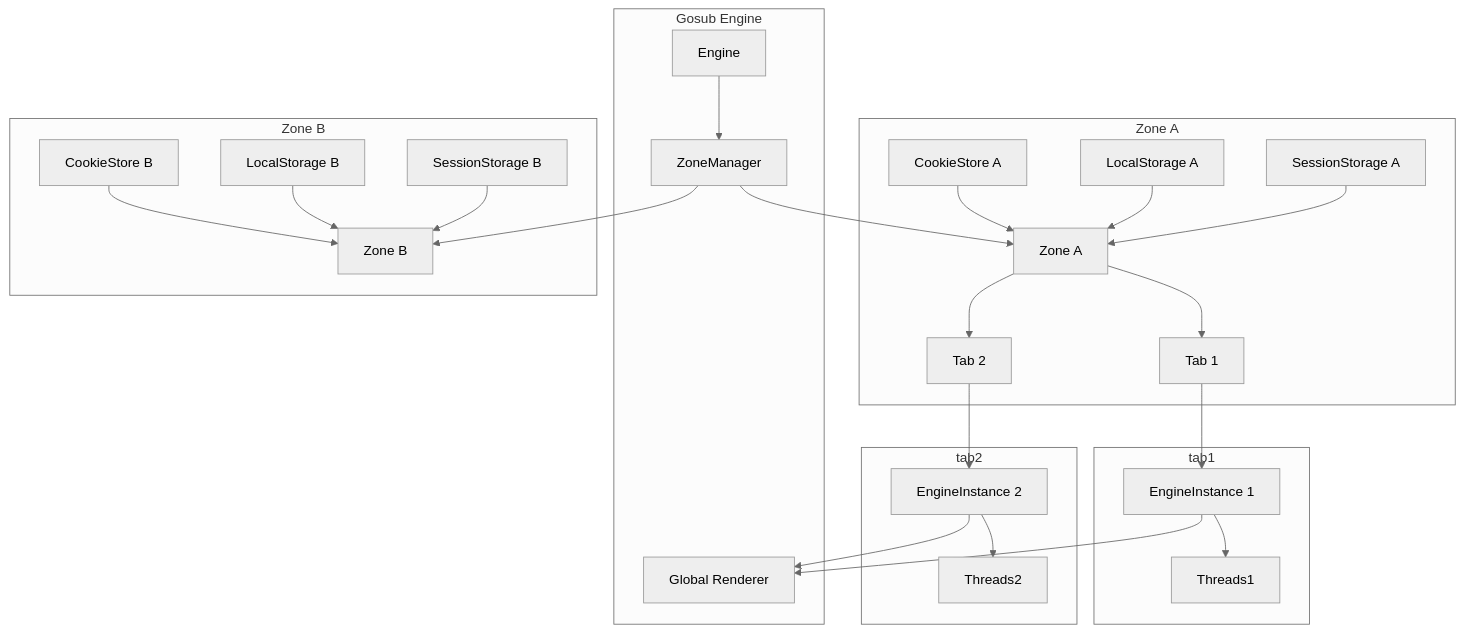
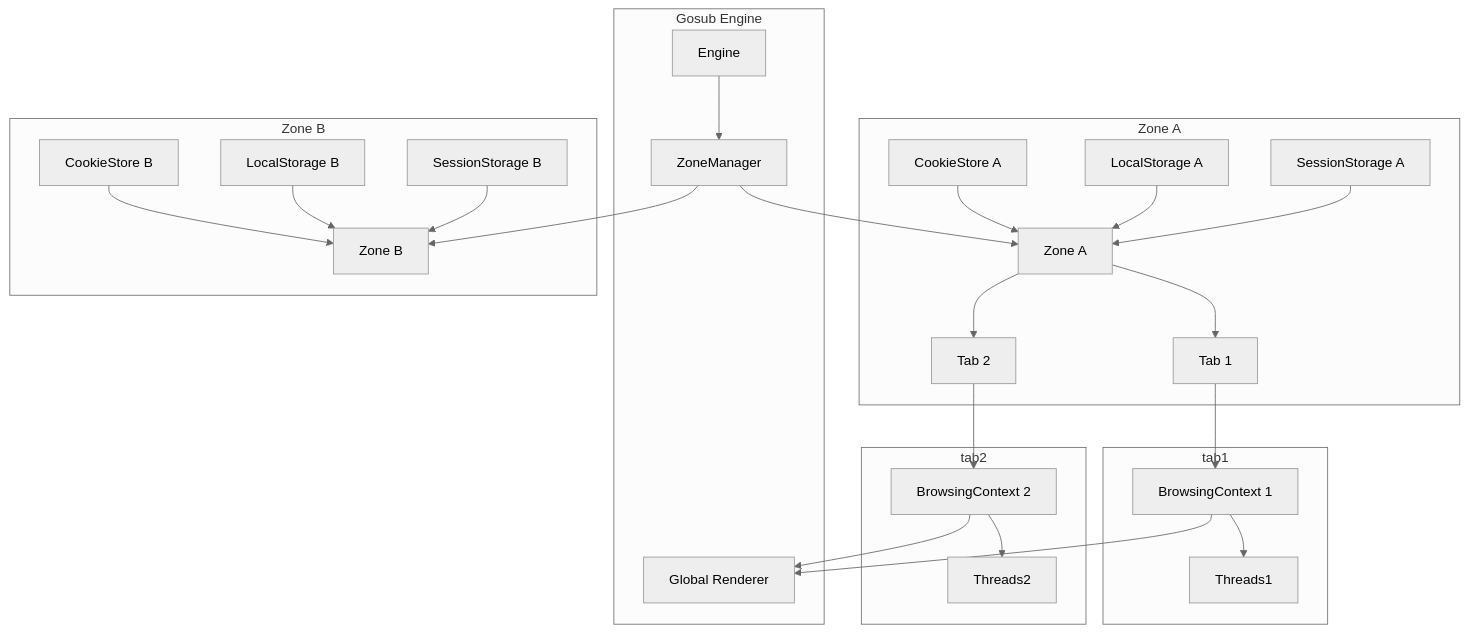
The diagram in docs/architecture.md (gosub-io/cargo-ffi), drawn with Mermaid (neutral theme) before and after one commit. The commit also changed 23 other files, not shown here.

````diff
--- a/docs/architecture.md
+++ b/docs/architecture.md
@@ -1,37 +1,37 @@
 ```mermaid
 graph TD
 
     subgraph engine["Gosub Engine"]
         Engine["Engine"] --> ZoneManager["ZoneManager"]
         ProcessRenderer["Global Renderer"]
     end
     
     subgraph za["Zone A"]
         ZoneManager --> ZoneA["Zone A"]
         CookieStoreA["CookieStore A"] --> ZoneA
         LocalStorageA["LocalStorage A"] --> ZoneA
         SessionStorageA["SessionStorage A"] --> ZoneA
         ZoneA --> Tab1["Tab 1"]
         ZoneA --> Tab2["Tab 2"]
     end
 
     subgraph zb["Zone B"]
         ZoneManager --> ZoneB["Zone B"]
         CookieStoreB["CookieStore B"] --> ZoneB
         LocalStorageB["LocalStorage B"] --> ZoneB
         SessionStorageB["SessionStorage B"] --> ZoneB
     end
     
     subgraph tab1
-        Tab1 --> EngineInstance1["EngineInstance 1"]
-        EngineInstance1 --> Threads1
-        EngineInstance1 --> ProcessRenderer
+        Tab1 --> BrowsingContext1["BrowsingContext 1"]
+        BrowsingContext1 --> Threads1
+        BrowsingContext1 --> ProcessRenderer
     end
     
     subgraph tab2
-        Tab2 --> EngineInstance2["EngineInstance 2"]
-        EngineInstance2 --> ProcessRenderer
-        EngineInstance2 --> Threads2
+        Tab2 --> BrowsingContext2["BrowsingContext 2"]
+        BrowsingContext2 --> ProcessRenderer
+        BrowsingContext2 --> Threads2
     end
     
 ```
````
